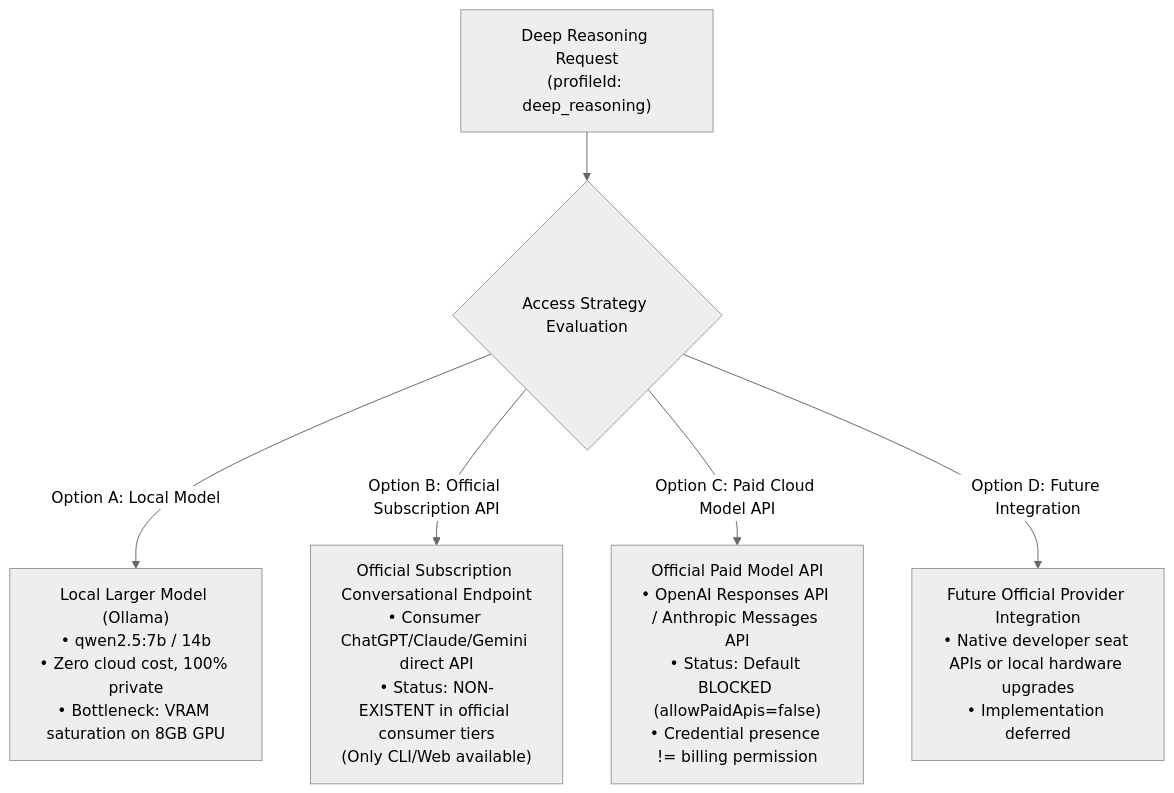
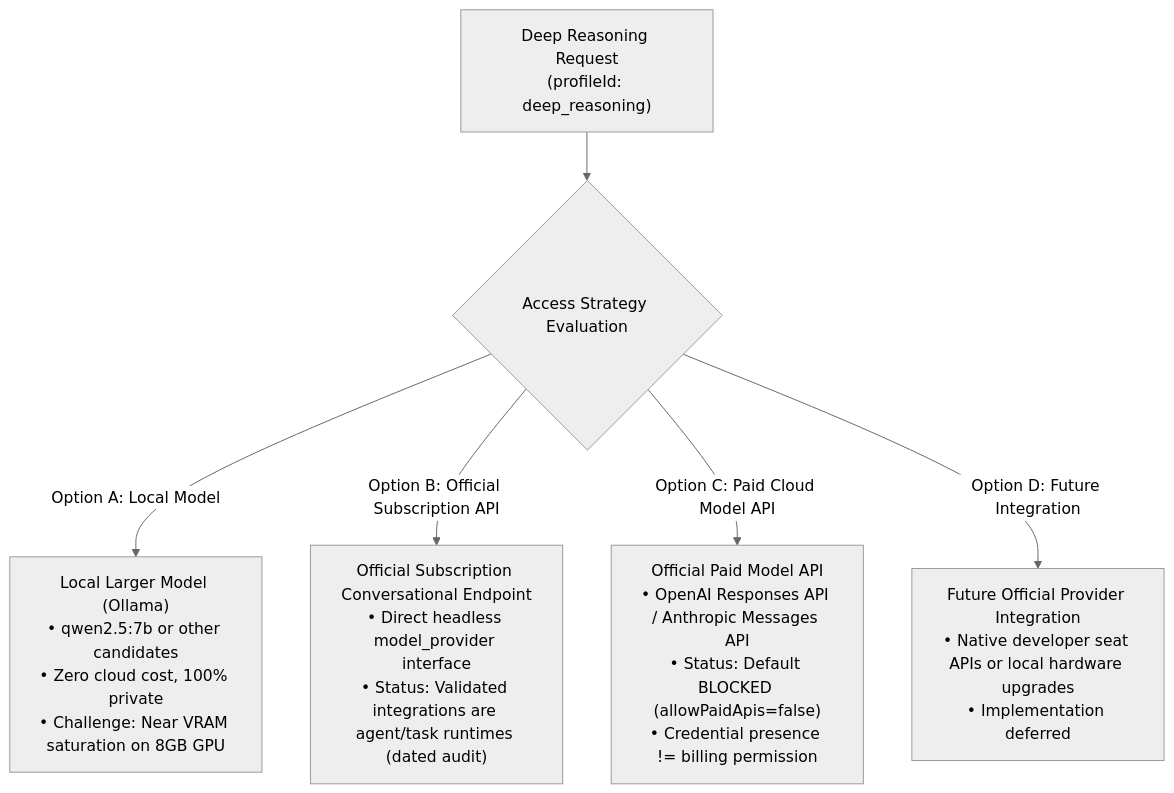
One commit to Jeff7563/MAVE changed the second of 4 diagrams in docs/architecture/MAVE_F1_6_DEEP_BRAIN_ARCHITECTURE_AUDIT.md. Above: the diagram before and after it, drawn with Mermaid (neutral theme). The commit also changed other lines of this file, not shown here.

Commit message:
docs(intelligence): harden deep brain architecture

````diff
--- a/docs/architecture/MAVE_F1_6_DEEP_BRAIN_ARCHITECTURE_AUDIT.md
+++ b/docs/architecture/MAVE_F1_6_DEEP_BRAIN_ARCHITECTURE_AUDIT.md
@@ -108,12 +110,12 @@
 ```mermaid
 flowchart TD
     DeepReq["Deep Reasoning Request<br/>(profileId: deep_reasoning)"] --> StrategyCheck{"Access Strategy Evaluation"}
     
-    StrategyCheck -->|Option A: Local Model| LocalDeep["Local Larger Model (Ollama)<br/>• qwen2.5:7b / 14b<br/>• Zero cloud cost, 100% private<br/>• Bottleneck: VRAM saturation on 8GB GPU"]
+    StrategyCheck -->|Option A: Local Model| LocalDeep["Local Larger Model (Ollama)<br/>• qwen2.5:7b or other candidates<br/>• Zero cloud cost, 100% private<br/>• Challenge: Near VRAM saturation on 8GB GPU"]
     
-    StrategyCheck -->|Option B: Official Subscription API| SubDirect["Official Subscription Conversational Endpoint<br/>• Consumer ChatGPT/Claude/Gemini direct API<br/>• Status: NON-EXISTENT in official consumer tiers<br/>(Only CLI/Web available)"]
+    StrategyCheck -->|Option B: Official Subscription API| SubDirect["Official Subscription Conversational Endpoint<br/>• Direct headless model_provider interface<br/>• Status: Validated integrations are agent/task runtimes (dated audit)"]
     
     StrategyCheck -->|Option C: Paid Cloud Model API| PaidAPI["Official Paid Model API<br/>• OpenAI Responses API / Anthropic Messages API<br/>• Status: Default BLOCKED (allowPaidApis=false)<br/>• Credential presence != billing permission"]
     
     StrategyCheck -->|Option D: Future Integration| FutureAdapter["Future Official Provider Integration<br/>• Native developer seat APIs or local hardware upgrades<br/>• Implementation deferred"]
 ```
````
